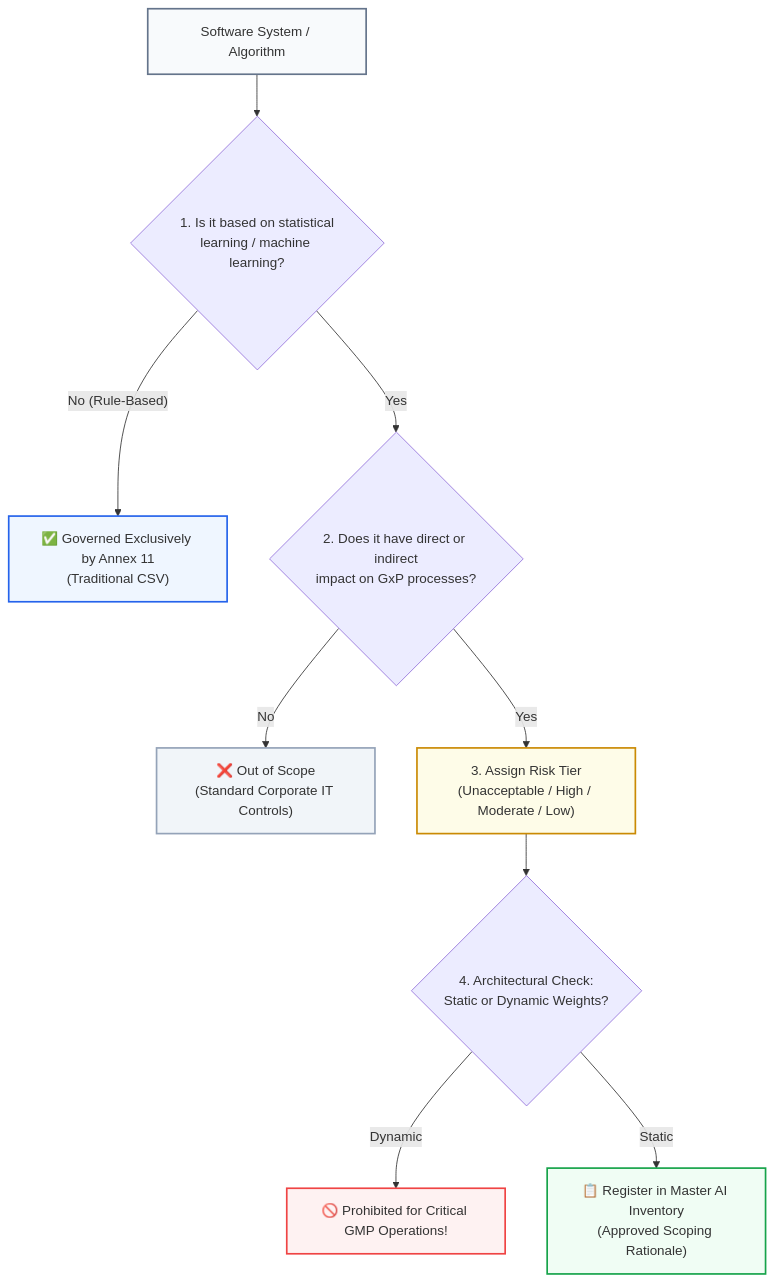
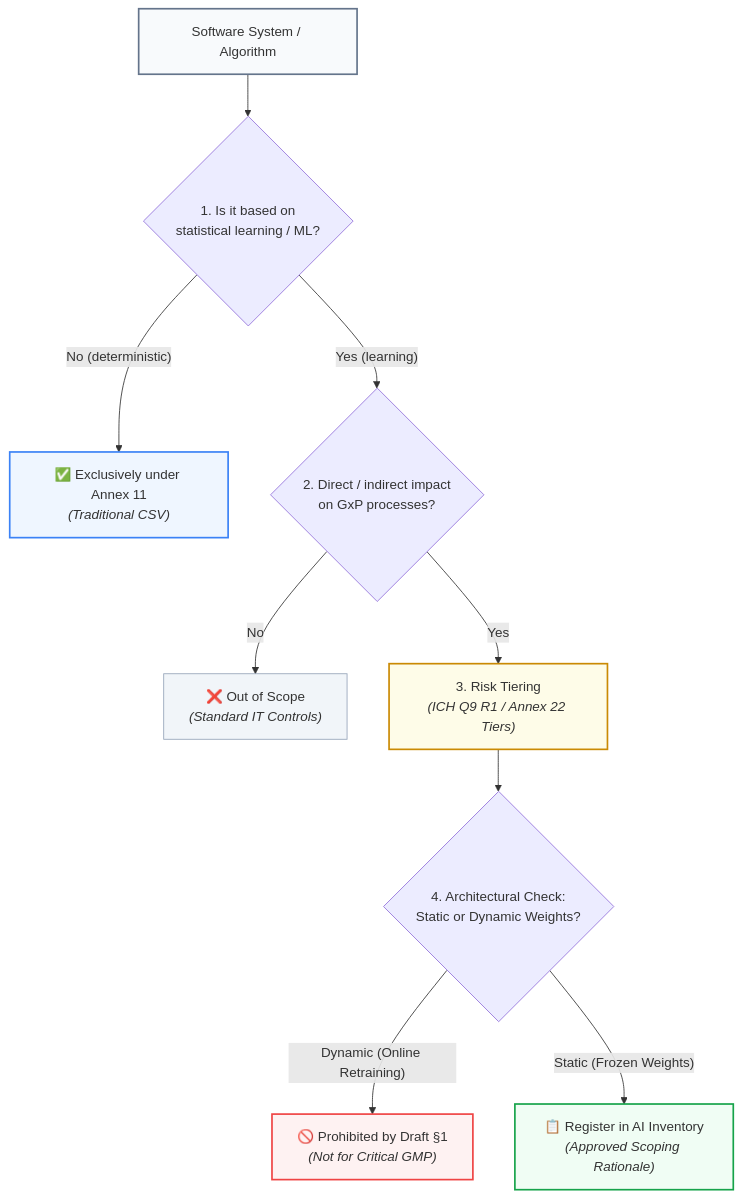
One commit to Lunaman06/Annex22 changed the diagram in docs/en/module_03_scope_applicability.md. Above: the diagram before and after it, drawn with Mermaid. The commit also changed other lines of this file and 29 other files, not shown here.

Commit message:
style(docs): optimize mermaid diagram aspect ratios, edge flows and legibility across all DE and EN modules

````diff
--- a/docs/en/module_03_scope_applicability.md
+++ b/docs/en/module_03_scope_applicability.md
@@ -20,21 +20,21 @@
 ```mermaid
 flowchart TD
-    Start["Software System / Algorithm"] --> Q1{"1. Is it based on statistical<br/>learning / machine learning?"}
-    
-    Q1 -- No (Rule-Based) --> ANNEX11["✅ Governed Exclusively by Annex 11<br/>(Traditional CSV)"]
-    Q1 -- Yes --> Q2{"2. Does it have direct or indirect<br/>impact on GxP processes?"}
-    
-    Q2 -- No --> OOS["❌ Out of Scope<br/>(Standard Corporate IT Controls)"]
-    Q2 -- Yes --> Q3["3. Assign Risk Tier<br/>(Unacceptable / High / Moderate / Low)"]
-    
+    Start["Software System / Algorithm"] --> Q1{"1. Is it based on<br/>statistical learning / ML?"}
+
+    Q1 -- "No (deterministic)" --> ANNEX11["✅ Exclusively under Annex 11<br/><i>(Traditional CSV)</i>"]
+    Q1 -- "Yes (learning)" --> Q2{"2. Direct / indirect impact<br/>on GxP processes?"}
+
+    Q2 -- "No" --> OOS["❌ Out of Scope<br/><i>(Standard IT Controls)</i>"]
+    Q2 -- "Yes" --> Q3["3. Risk Tiering<br/><i>(ICH Q9 R1 / Annex 22 Tiers)</i>"]
+
     Q3 --> Q4{"4. Architectural Check:<br/>Static or Dynamic Weights?"}
-    Q4 -- Dynamic --> REJECT["🚫 Prohibited for Critical GMP Operations!"]
-    Q4 -- Static --> INV["📋 Register in Master AI Inventory<br/>(Approved Scoping Rationale)"]
+    Q4 -- "Dynamic (Online Retraining)" --> REJECT["🚫 Prohibited by Draft §1<br/><i>(Not for Critical GMP)</i>"]
+    Q4 -- "Static (Frozen Weights)" --> INV["📋 Register in AI Inventory<br/><i>(Approved Scoping Rationale)</i>"]
 
     style Start fill:#f8fafc,stroke:#64748b,stroke-width:2px
-    style ANNEX11 fill:#eff6ff,stroke:#2563eb,stroke-width:2px
-    style OOS fill:#f1f5f9,stroke:#94a3b8,stroke-width:2px
+    style ANNEX11 fill:#eff6ff,stroke:#3b82f6,stroke-width:2px
+    style OOS fill:#f1f5f9,stroke:#94a3b8,stroke-width:1px
     style Q3 fill:#fefce8,stroke:#ca8a04,stroke-width:2px
     style REJECT fill:#fef2f2,stroke:#ef4444,stroke-width:2px
     style INV fill:#f0fdf4,stroke:#16a34a,stroke-width:2px
 ```
````
